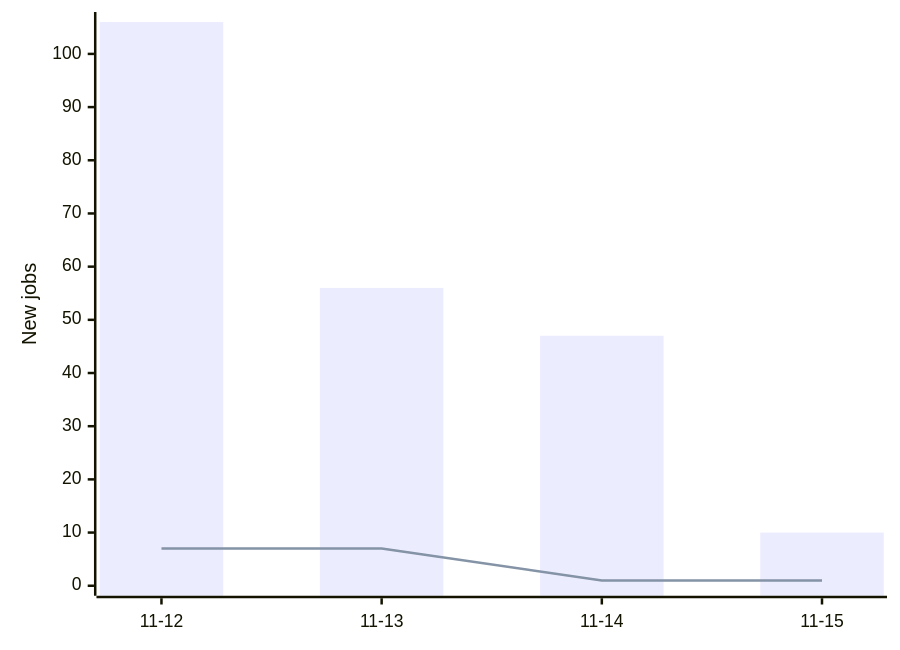
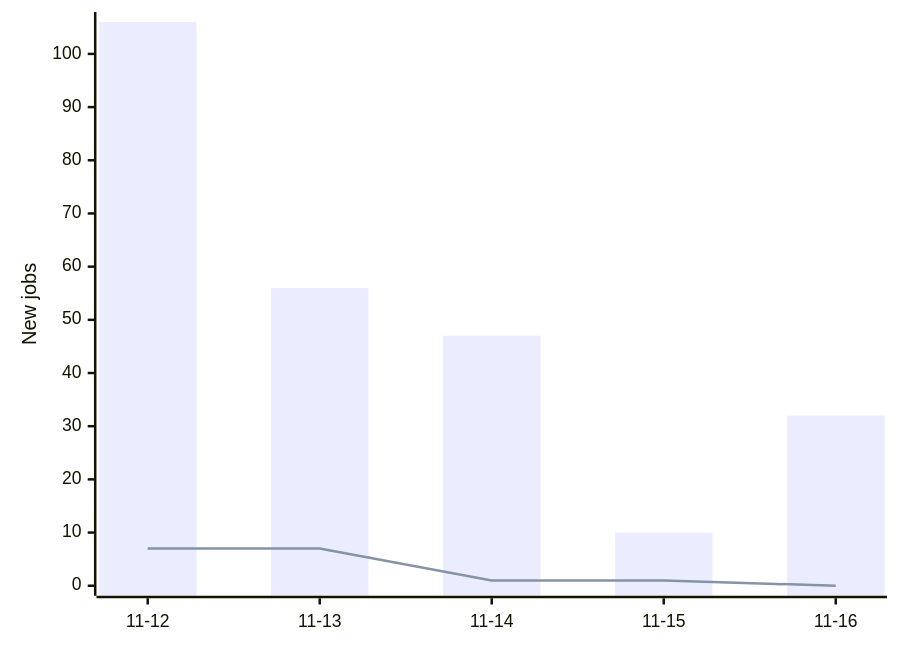
The diagram in README.md (Mwangimark/frontend-job-tracker), drawn with Mermaid before and after one commit. The commit also changed other lines of this file and 2 other files, not shown here.

````diff
--- a/README.md
+++ b/README.md
@@ -16,7 +16,7 @@
 ```mermaid
 xychart-beta
-    x-axis ["11-12", "11-13", "11-14", "11-15"]
+    x-axis ["11-12", "11-13", "11-14", "11-15", "11-16"]
     y-axis "New jobs" 0 --> 106
-    bar [106, 56, 47, 10]
-    line [7, 7, 1, 1]
+    bar [106, 56, 47, 10, 32]
+    line [7, 7, 1, 1, 0]
 ```
````
